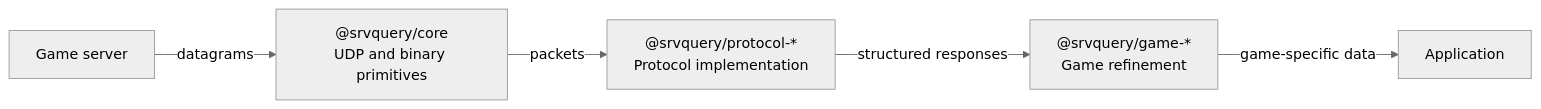
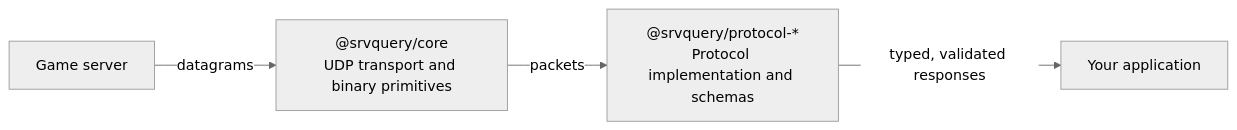
The diagram in README.md (carlos-menezes/srvquery), drawn with Mermaid (neutral theme) before and after one commit. The commit also changed other lines of this file and 39 other files, not shown here.

````diff
--- a/README.md
+++ b/README.md
@@ -13,13 +60,11 @@
 ```mermaid
 flowchart LR
   server[Game server]
-  core["@srvquery/core<br/>UDP and binary primitives"]
-  protocol["@srvquery/protocol-*<br/>Protocol implementation"]
-  game["@srvquery/game-*<br/>Game refinement"]
-  application[Application]
+  core["@srvquery/core<br/>UDP transport and binary primitives"]
+  protocol["@srvquery/protocol-*<br/>Protocol implementation and schemas"]
+  application[Your application]
 
   server -->|datagrams| core
   core -->|packets| protocol
-  protocol -->|structured responses| game
-  game -->|game-specific data| application
+  protocol -->|typed, validated responses| application
 ```
````
